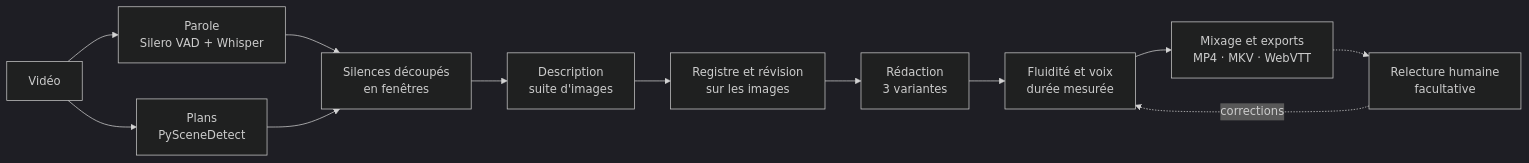
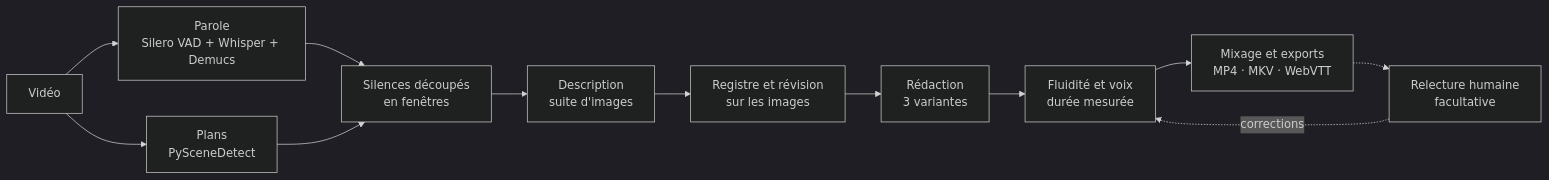
One commit to swinn37/AudesIA changed the diagram in README.md. Above: the diagram before and after it, drawn with Mermaid (dark theme). The commit also changed other lines of this file and 6 other files, not shown here.

````diff
--- a/README.md
+++ b/README.md
@@ -30,14 +30,14 @@
 ```mermaid
 flowchart LR
-  A[Vidéo] --> B[Parole<br/>Silero VAD + Whisper]
+  A[Vidéo] --> B[Parole<br/>Silero VAD + Whisper + Demucs]
   A --> C[Plans<br/>PySceneDetect]
   B --> D[Silences découpés<br/>en fenêtres]
   C --> D
   D --> E[Description<br/>suite d'images]
   E --> R[Registre et révision<br/>sur les images]
   R --> F[Rédaction<br/>3 variantes]
   F --> G[Fluidité et voix<br/>durée mesurée]
   G --> H[Mixage et exports<br/>MP4 · MKV · WebVTT]
   H -.-> I[Relecture humaine<br/>facultative]
   I -. corrections .-> G
 ```
````
